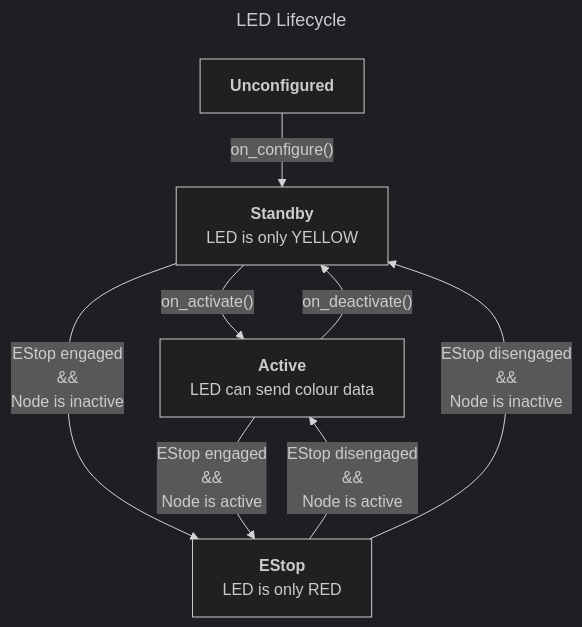
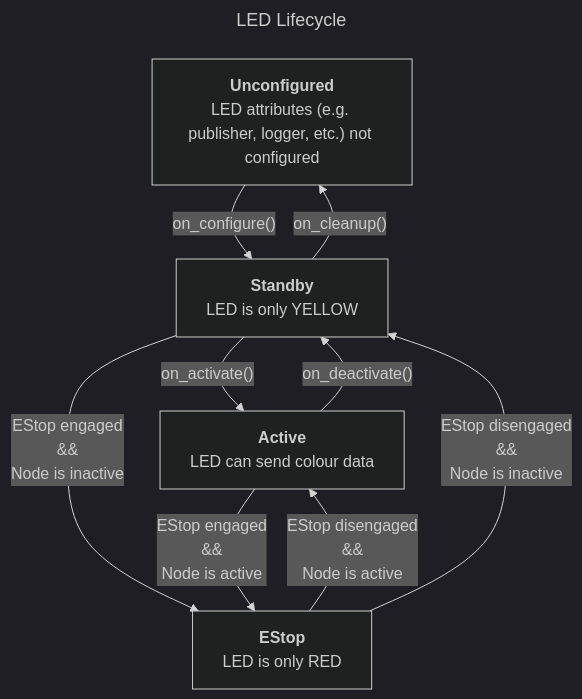
Before and after one commit to uwrobotics/Sparky-CIRC-2026: the diagram in src/led_controller/LED_LIFECYCLE.md, drawn with Mermaid (dark theme).

Commit message:
Add on_cleanup behaviour to LED flowchart

````diff
--- a/src/led_controller/LED_LIFECYCLE.md
+++ b/src/led_controller/LED_LIFECYCLE.md
@@ -1,23 +1,24 @@
 ```mermaid
 ---
 title: LED Lifecycle
 ---
 flowchart TD
     %% Nodes
-    Unconfigured["`**Unconfigured**`"]
+    Unconfigured["`**Unconfigured**<br>LED attributes (e.g. publisher, logger, etc.) not configured`"]
     Standby["`**Standby**<br>LED is only YELLOW`"]
     Active["`**Active**<br>LED can send colour data`"]
     EStop["`**EStop**<br>LED is only RED`"]
 
     %% Flowchart
     Unconfigured -->|"on_configure()"| Standby
+    Standby -->|"on_cleanup()"| Unconfigured
 
     Standby -->|"on_activate()"| Active
     Active -->|"on_deactivate()"| Standby
 
     %% EStop
     Standby -->|"EStop engaged<br>&&<br>Node is inactive"| EStop
     Active -->|"EStop engaged<br>&&<br>Node is active"| EStop
     EStop -->|"EStop disengaged<br>&&<br>Node is active"| Active
     EStop -->|"EStop disengaged<br>&&<br>Node is inactive"| Standby
 ```
````
